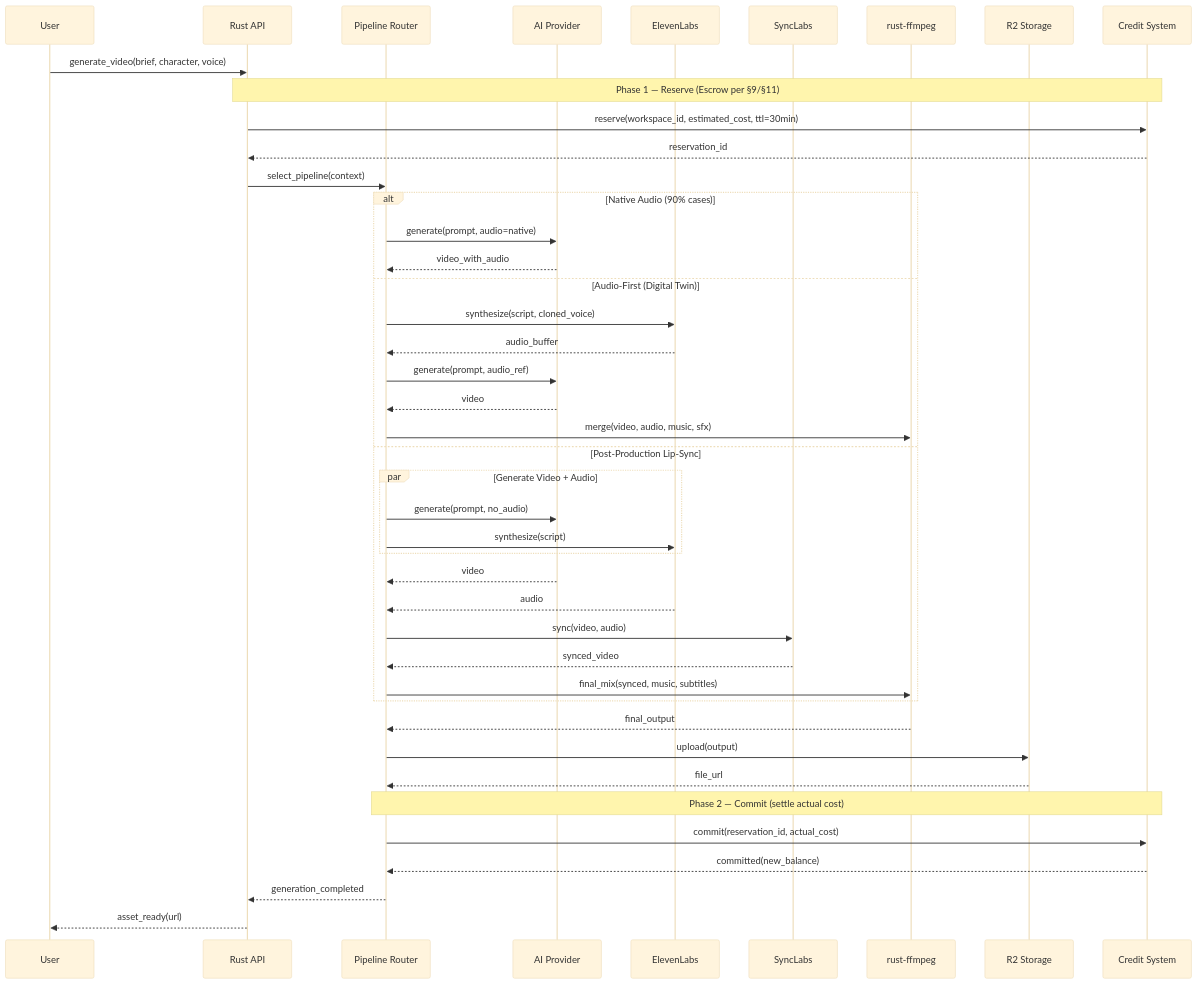
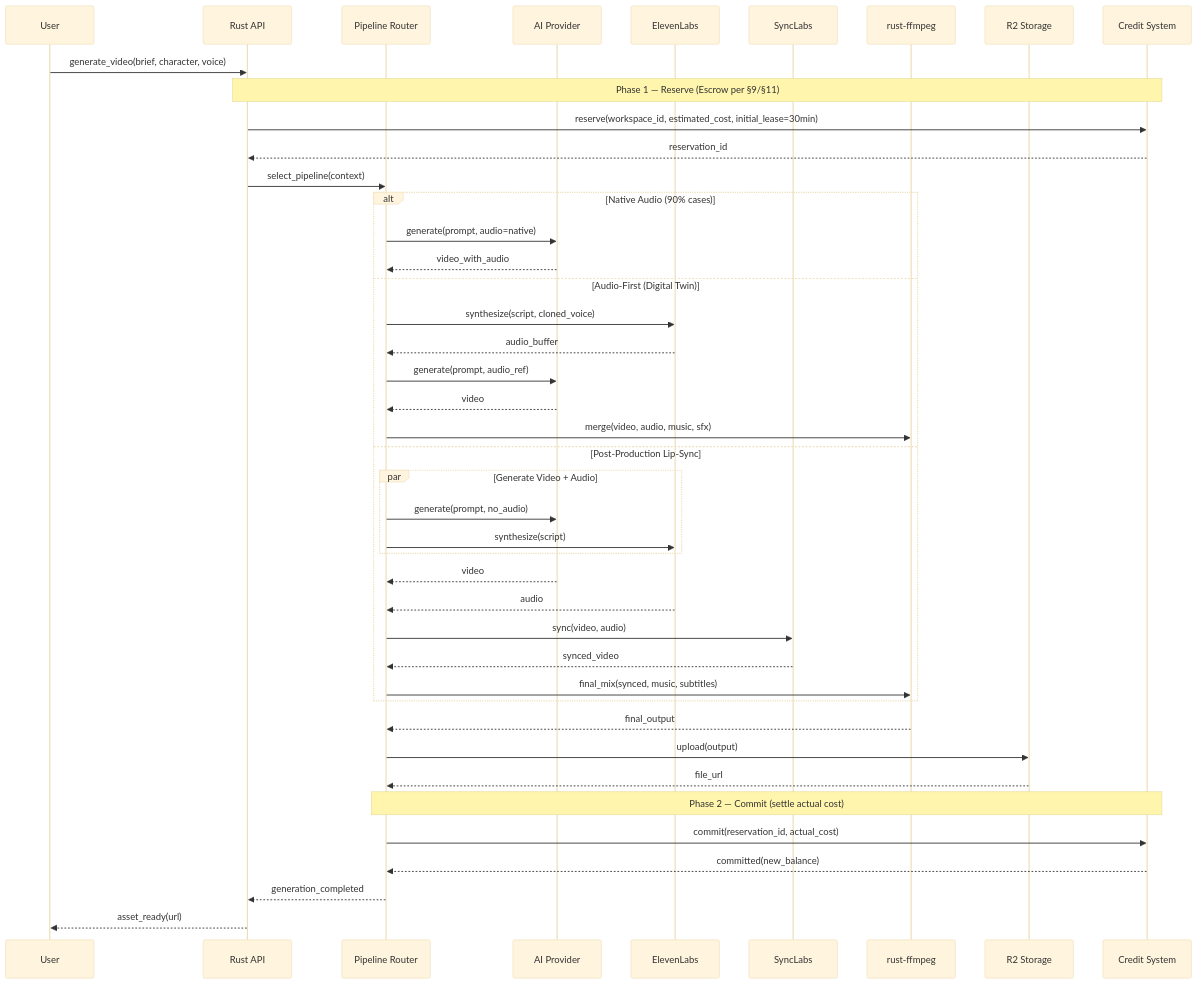
One commit to quantm-zeus/creativanta changed the second of 12 diagrams in docs/05_system/sequence_diagrams.md. Above: the diagram before and after it, drawn with Mermaid (base theme). The commit also changed other lines of this file and 78 other files, not shown here.

````diff
--- a/docs/05_system/sequence_diagrams.md
+++ b/docs/05_system/sequence_diagrams.md
@@ -78,48 +78,48 @@
 ```mermaid
 sequenceDiagram
     participant User
     participant API as Rust API
     participant Router as Pipeline Router
     participant Provider as AI Provider
     participant TTS as ElevenLabs
     participant LipSync as SyncLabs
     participant FFmpeg as rust-ffmpeg
     participant Storage as R2 Storage
     participant Credits as Credit System
 
     User->>API: generate_video(brief, character, voice)
     Note over API,Credits: Phase 1 — Reserve (Escrow per §9/§11)
-    API->>Credits: reserve(workspace_id, estimated_cost, ttl=30min)
+    API->>Credits: reserve(workspace_id, estimated_cost, initial_lease=30min)
     Credits-->>API: reservation_id
     API->>Router: select_pipeline(context)
     
     alt Native Audio (90% cases)
         Router->>Provider: generate(prompt, audio=native)
         Provider-->>Router: video_with_audio
     else Audio-First (Digital Twin)
         Router->>TTS: synthesize(script, cloned_voice)
         TTS-->>Router: audio_buffer
         Router->>Provider: generate(prompt, audio_ref)
         Provider-->>Router: video
         Router->>FFmpeg: merge(video, audio, music, sfx)
     else Post-Production Lip-Sync
         par Generate Video + Audio
             Router->>Provider: generate(prompt, no_audio)
             Router->>TTS: synthesize(script)
         end
         Provider-->>Router: video
         TTS-->>Router: audio
         Router->>LipSync: sync(video, audio)
         LipSync-->>Router: synced_video
         Router->>FFmpeg: final_mix(synced, music, subtitles)
     end
     
     FFmpeg-->>Router: final_output
     Router->>Storage: upload(output)
     Storage-->>Router: file_url
     Note over Router,Credits: Phase 2 — Commit (settle actual cost)
     Router->>Credits: commit(reservation_id, actual_cost)
     Credits-->>Router: committed(new_balance)
     Router-->>API: generation_completed
     API-->>User: asset_ready(url)
 ```
````
